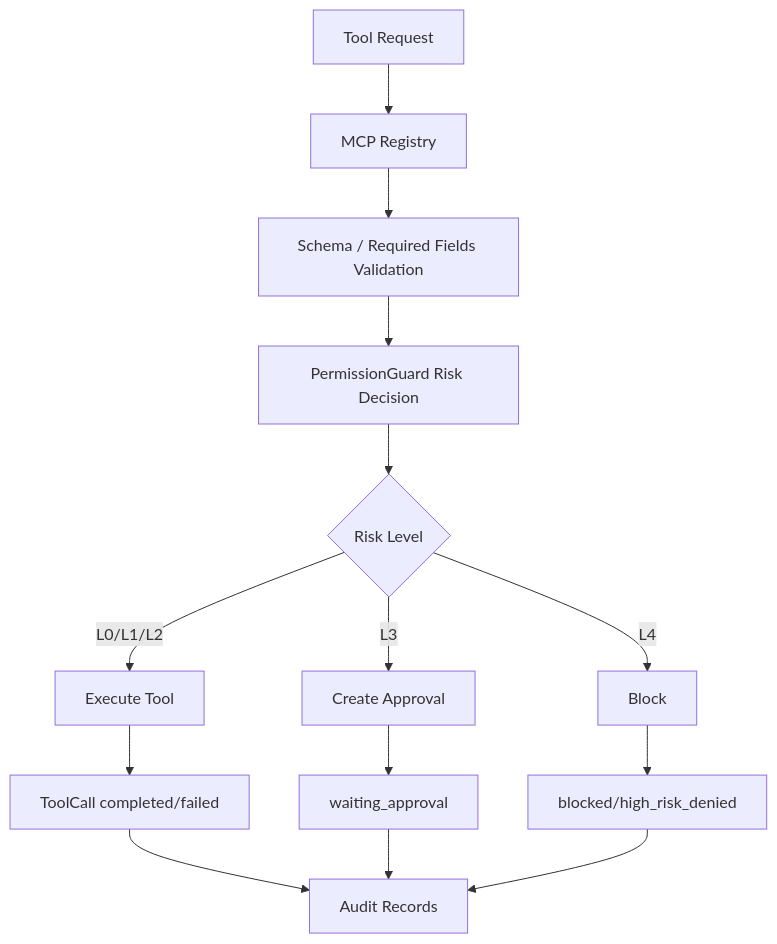
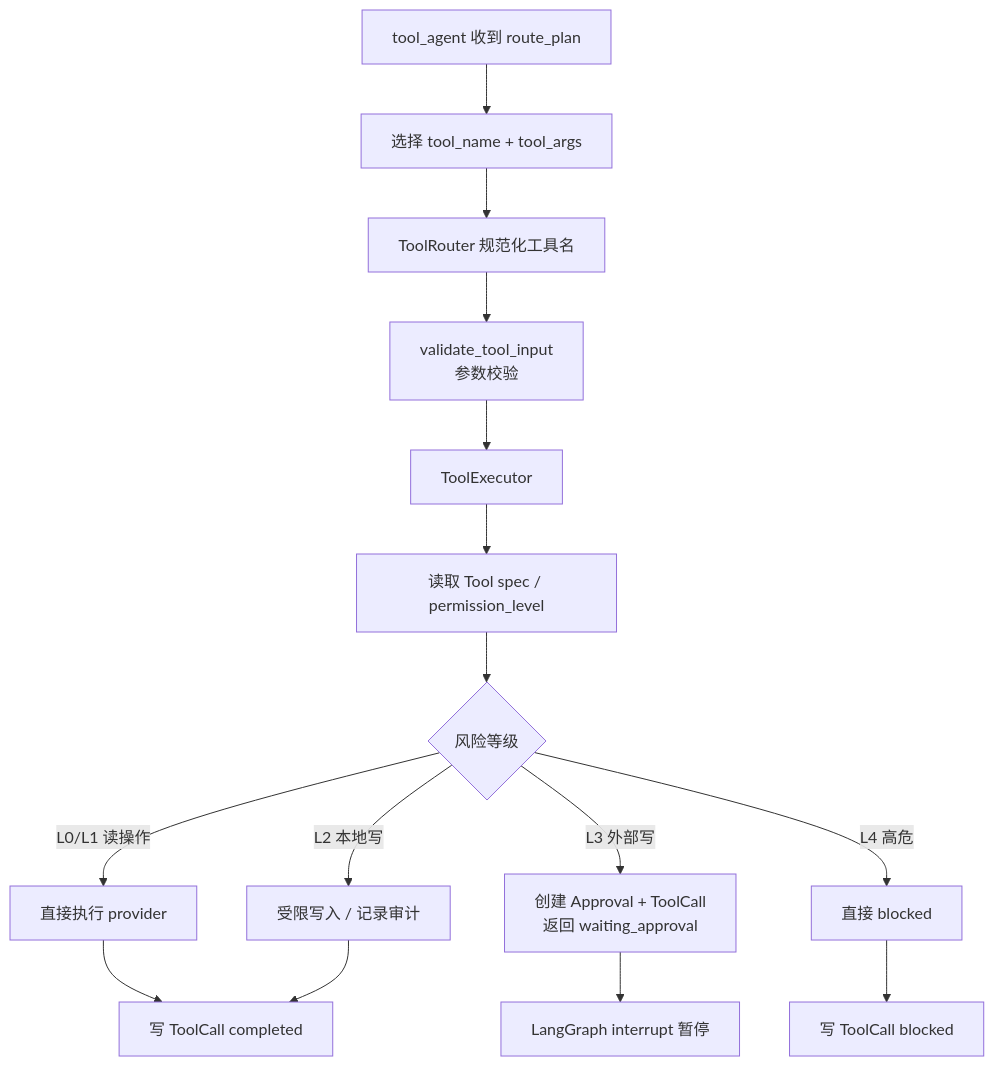
Before and after one commit to Ordish-cell/InsightGap-Agent: the ninth of 27 diagrams in agent面试.md, drawn with Mermaid. The commit also changed other lines of this file and 16 other files, not shown here.

````diff
--- a/agent面试.md
+++ b/agent面试.md
@@ -1429,16 +758,17 @@
 ```mermaid
 flowchart TD
-    A["Tool Request"] --> B["MCP Registry"]
-    B --> C["Schema / Required Fields Validation"]
-    C --> D["PermissionGuard Risk Decision"]
-    D --> E{"Risk Level"}
-    E -->|L0/L1/L2| F["Execute Tool"]
-    E -->|L3| G["Create Approval"]
-    E -->|L4| H["Block"]
-    F --> I["ToolCall completed/failed"]
-    G --> J["waiting_approval"]
-    H --> K["blocked/high_risk_denied"]
-    I --> L["Audit Records"]
-    J --> L
-    K --> L
+    A["tool_agent 收到 route_plan"] --> B["选择 tool_name + tool_args"]
+    B --> C["ToolRouter 规范化工具名"]
+    C --> D["validate_tool_input<br/>参数校验"]
+    D --> E["ToolExecutor"]
+    E --> F["读取 Tool spec / permission_level"]
+    F --> G{"风险等级"}
+    G -->|L0/L1 读操作| H["直接执行 provider"]
+    G -->|L2 本地写| I["受限写入 / 记录审计"]
+    G -->|L3 外部写| J["创建 Approval + ToolCall<br/>返回 waiting_approval"]
+    G -->|L4 高危| K["直接 blocked"]
+    J --> L["LangGraph interrupt 暂停"]
+    H --> M["写 ToolCall completed"]
+    I --> M
+    K --> N["写 ToolCall blocked"]
 ```
````
